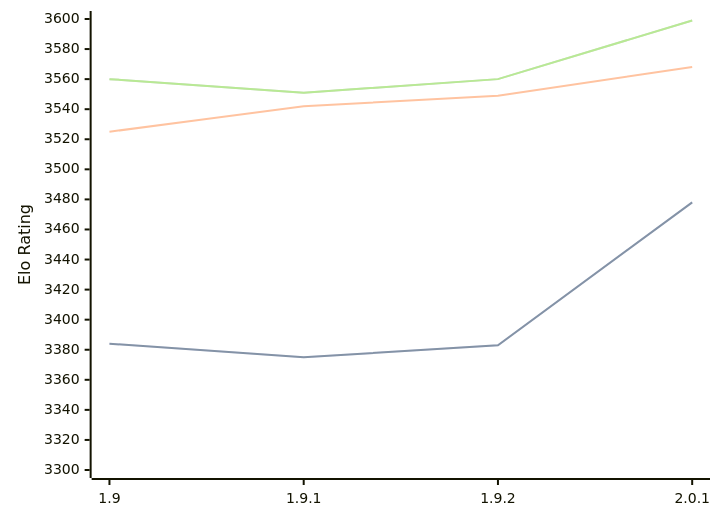
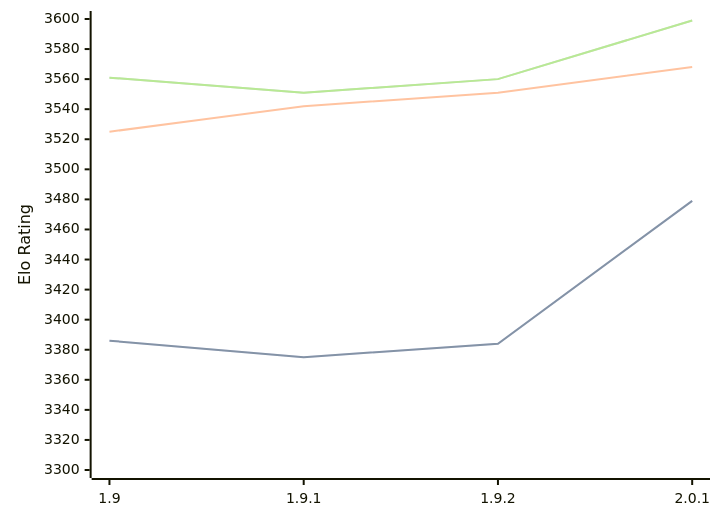
One commit to computer-chess-index/cci changed the diagram in engines/Pawnocchio.md. Above: the diagram before and after it, drawn with Mermaid. The commit also changed other lines of this file, not shown here.

Commit message:
Update CCI Ratings (ELO VLTC) - 2026-09-27

````diff
--- a/engines/Pawnocchio.md
+++ b/engines/Pawnocchio.md
@@ -36,11 +36,11 @@
 ```mermaid
 %%{init: {"theme":"base","themeVariables":{"seriesColors:['#a3a3a3','#222221','#faa371']}}}%%
 xychart-beta
   x-axis ["1.9", "1.9.1", "1.9.2", "2.0.1"]
   y-axis "Elo Rating" 3300 --> 3600
-  line "" [3384, 3375, 3383, 3478]
-  line "STC (8.0+0.08s)" [3384, 3375, 3383, 3478]
-  line "LTC (60.0+0.60s)" [3525, 3542, 3549, 3568]
-  line "" [3560, 3551, 3560, 3599]
-  line "VLTC (2m24s+1.12s)" [3560, 3551, 3560, 3599]
+  line "" [3386, 3375, 3384, 3479]
+  line "STC (8.0+0.08s)" [3386, 3375, 3384, 3479]
+  line "LTC (60.0+0.60s)" [3525, 3542, 3551, 3568]
+  line "" [3561, 3551, 3560, 3599]
+  line "VLTC (2m24s+1.12s)" [3561, 3551, 3560, 3599]
 ```
````
